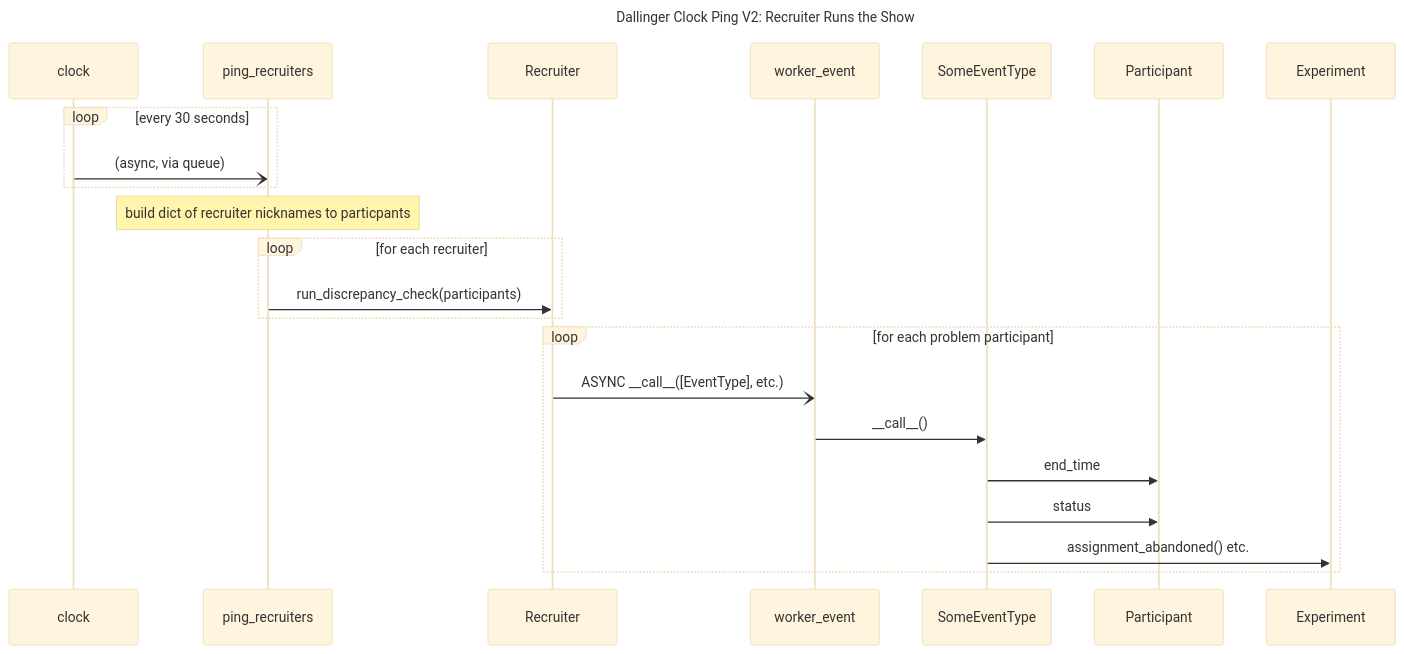
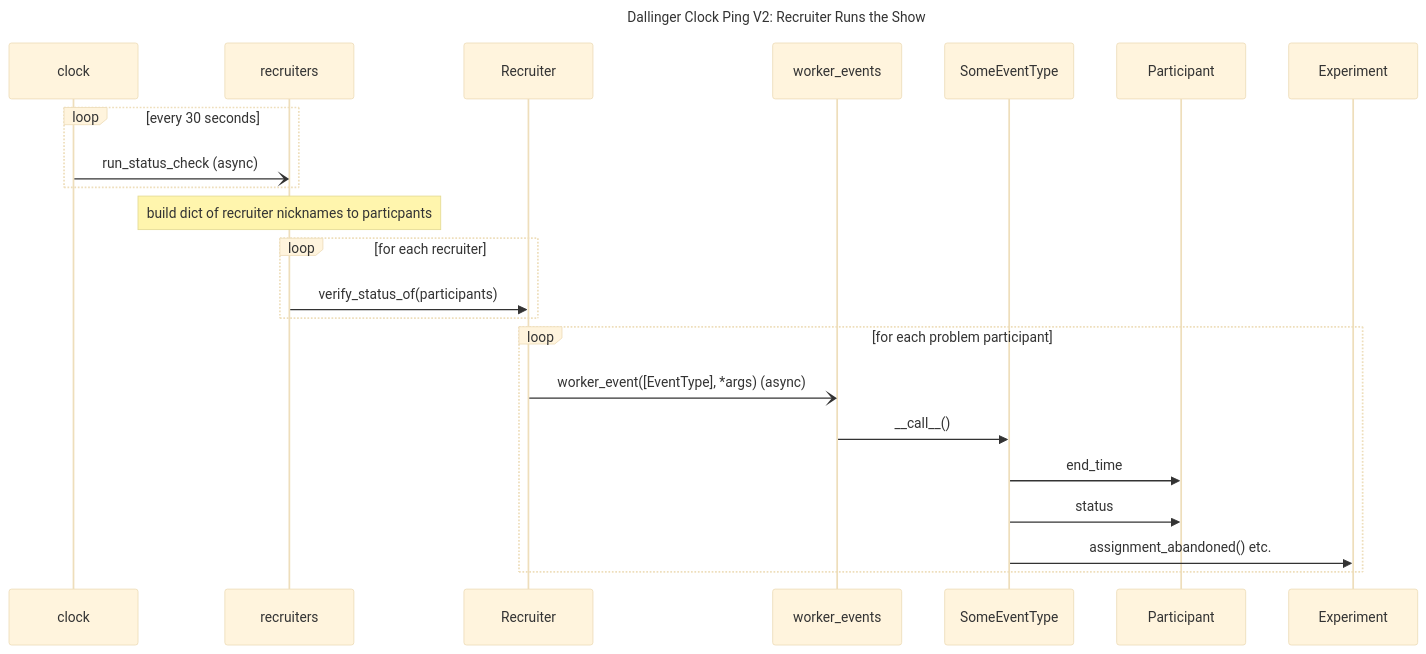
One commit to Dallinger/Dallinger changed the first of 2 diagrams in docs/diagrams/participant_status_sync.md. Above: the diagram before and after it, drawn with Mermaid (base theme). The commit also changed other lines of this file, not shown here.

Commit message:
Diagram/design refinements

````diff
--- a/docs/diagrams/participant_status_sync.md
+++ b/docs/diagrams/participant_status_sync.md
@@ -5,29 +20,29 @@
 ```mermaid
 sequenceDiagram
 title Dallinger Clock Ping V2: Recruiter Runs the Show
 
 participant c as clock
-participant ping as ping_recruiters
+participant rec_mod as recruiters
 participant rec as Recruiter
-participant w as worker_event
+participant w as worker_events
 participant evt as SomeEventType
 participant part as Participant
 participant ex as Experiment
 
 loop every 30 seconds
-    c-)ping: (async, via queue)
+    c-)rec_mod: run_status_check (async)
 end
 
-Note over ping: build dict of recruiter nicknames to particpants
+Note over rec_mod: build dict of recruiter nicknames to particpants
 loop for each recruiter
-    ping->>rec: run_discrepancy_check(participants)
+    rec_mod->>rec: verify_status_of(participants)
 end
 
 loop for each problem participant
-    rec-)w: ASYNC __call__([EventType], etc.)
+    rec-)w: worker_event([EventType], *args) (async)
     w->>evt: __call__()
     evt->>part: end_time
     evt->>part: status
     evt->>ex: assignment_abandoned() etc.
 end
 ```
````
